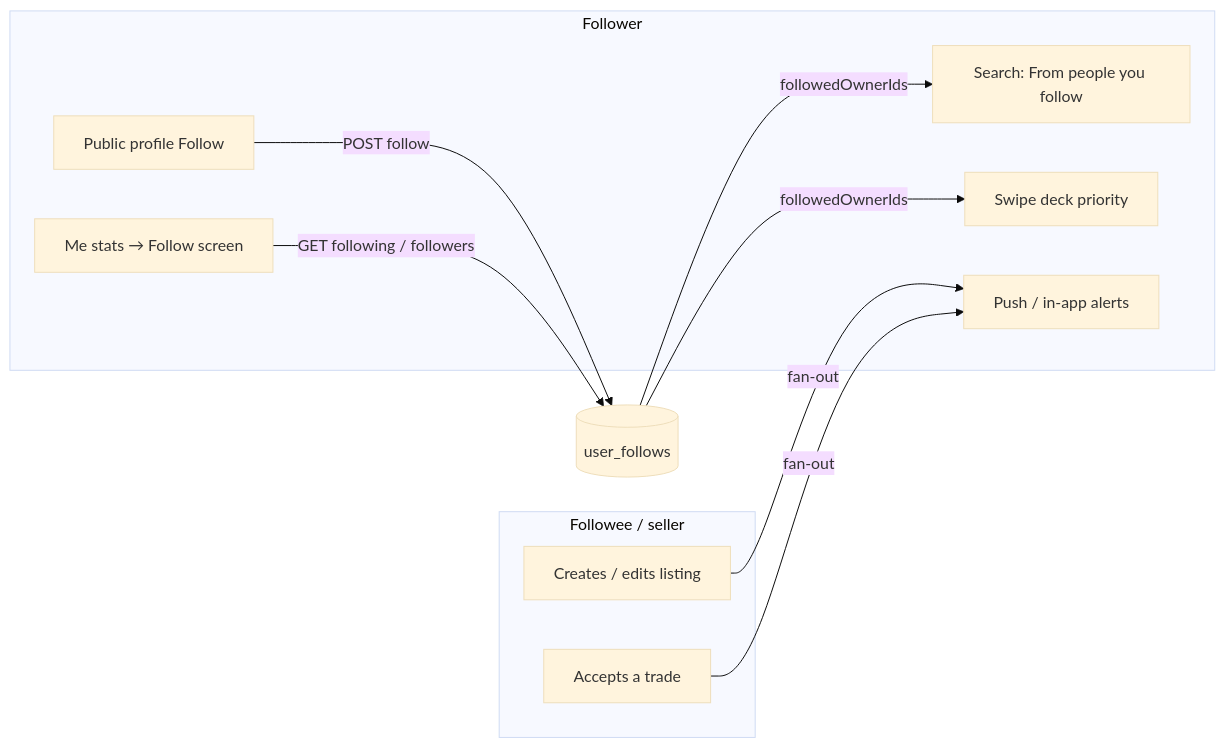
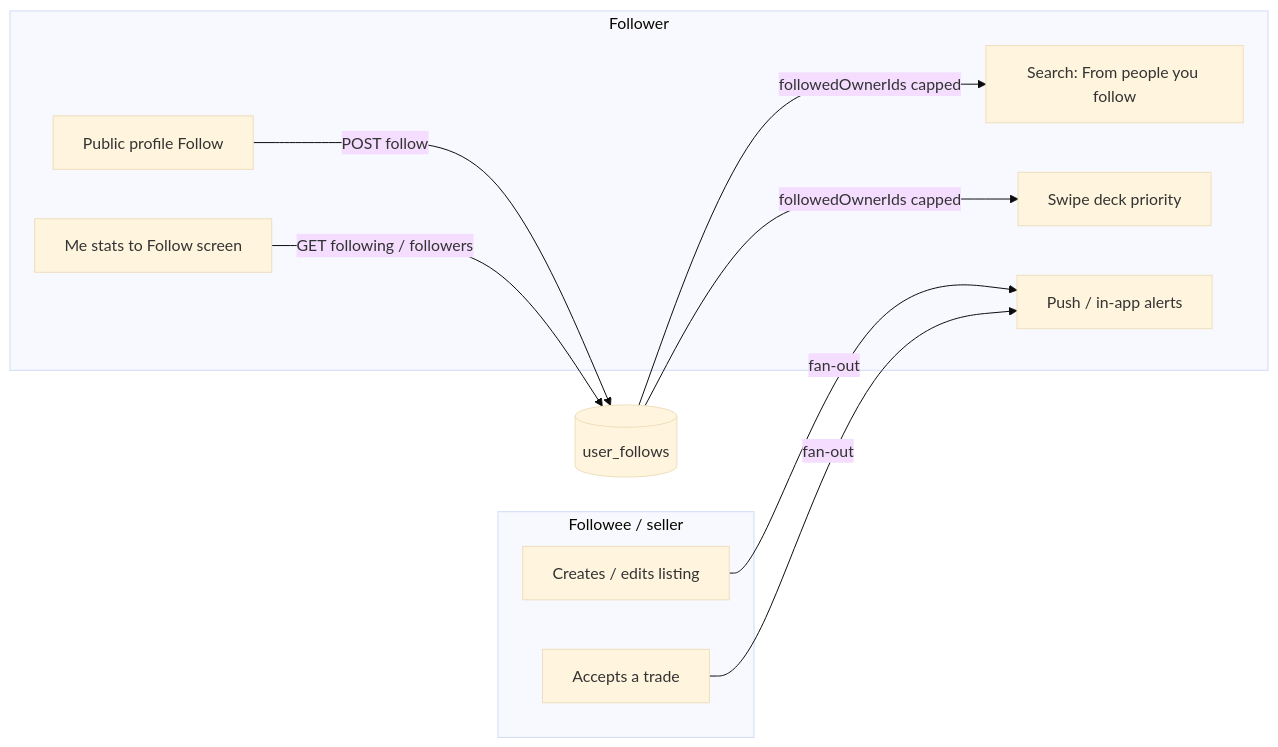
One commit to barterinfo/swaphaven-backend changed the first of 13 diagrams in docs/FOLLOW_FEATURE.md. Above: the diagram before and after it, drawn with Mermaid (base theme). The commit also changed other lines of this file and 2 other files, not shown here.

````diff
--- a/docs/FOLLOW_FEATURE.md
+++ b/docs/FOLLOW_FEATURE.md
@@ -18,22 +20,22 @@
 ```mermaid
 flowchart LR
   subgraph follower [Follower]
     Profile[Public profile Follow]
-    Me[Me stats → Follow screen]
+    Me[Me stats to Follow screen]
     Search[Search: From people you follow]
     Swipe[Swipe deck priority]
     Push[Push / in-app alerts]
   end
 
   subgraph seller [Followee / seller]
     List[Creates / edits listing]
     Accept[Accepts a trade]
   end
 
   Profile -->|POST follow| Graph[(user_follows)]
   Me -->|GET following / followers| Graph
   List -->|fan-out| Push
   Accept -->|fan-out| Push
-  Graph -->|followedOwnerIds| Swipe
-  Graph -->|followedOwnerIds| Search
+  Graph -->|followedOwnerIds capped| Swipe
+  Graph -->|followedOwnerIds capped| Search
 ```
````
